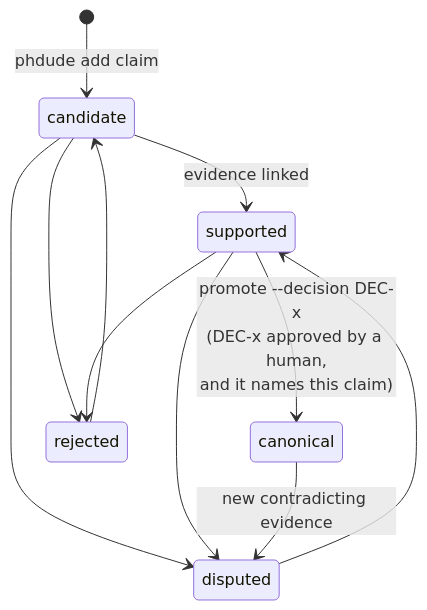
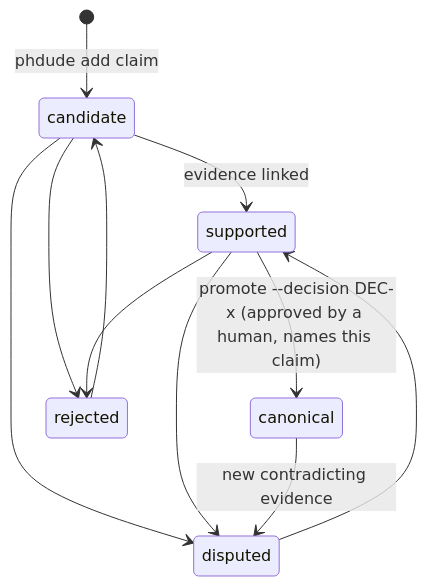
The fifth of 7 diagrams in README.md (LucioY250/phdude), drawn with Mermaid before and after one commit. The commit also changed other lines of this file, not shown here.

First line of the commit message:
docs(readme): mermaid labels safe for GitHub renderer

````diff
--- a/README.md
+++ b/README.md
@@ -128,13 +128,13 @@
 ```mermaid
 stateDiagram-v2
     [*] --> candidate: phdude add claim
     candidate --> supported: evidence linked
-    supported --> canonical: promote --decision DEC-x<br>(DEC-x approved by a human,<br>and it names this claim)
+    supported --> canonical: promote --decision DEC-x (approved by a human, names this claim)
     candidate --> disputed
     supported --> disputed
     canonical --> disputed: new contradicting evidence
     disputed --> supported
     candidate --> rejected
     supported --> rejected
     rejected --> candidate
 ```
````
